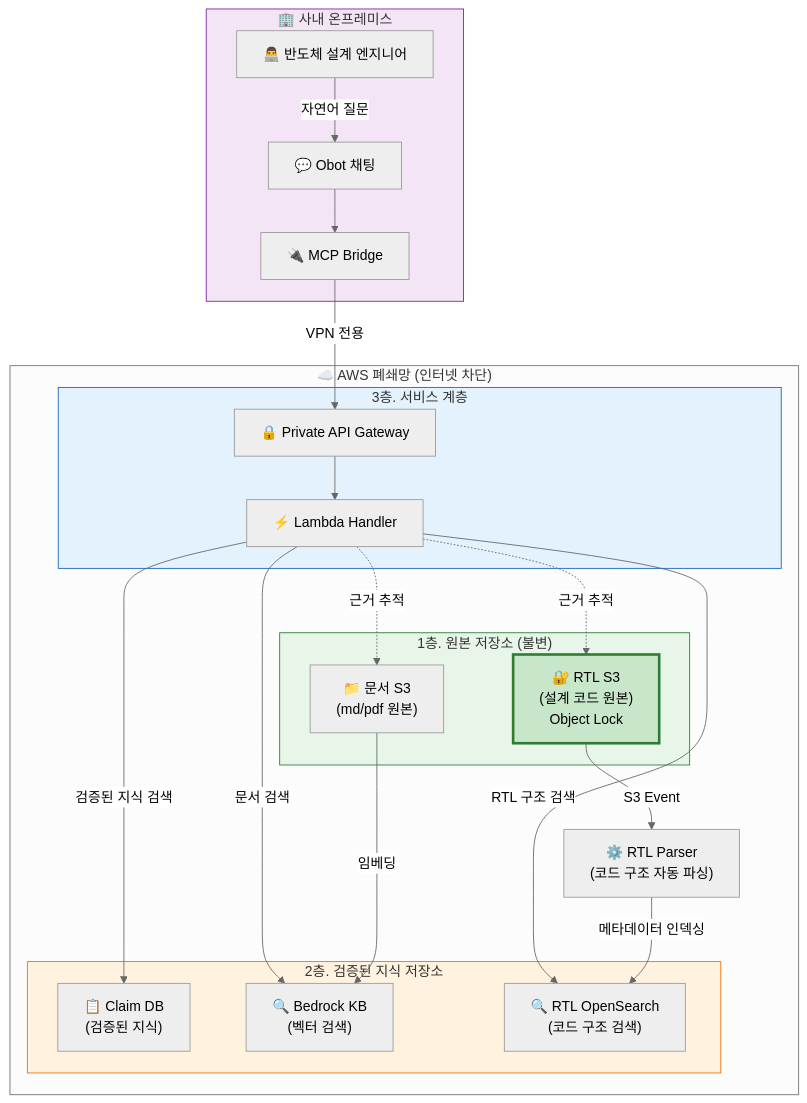
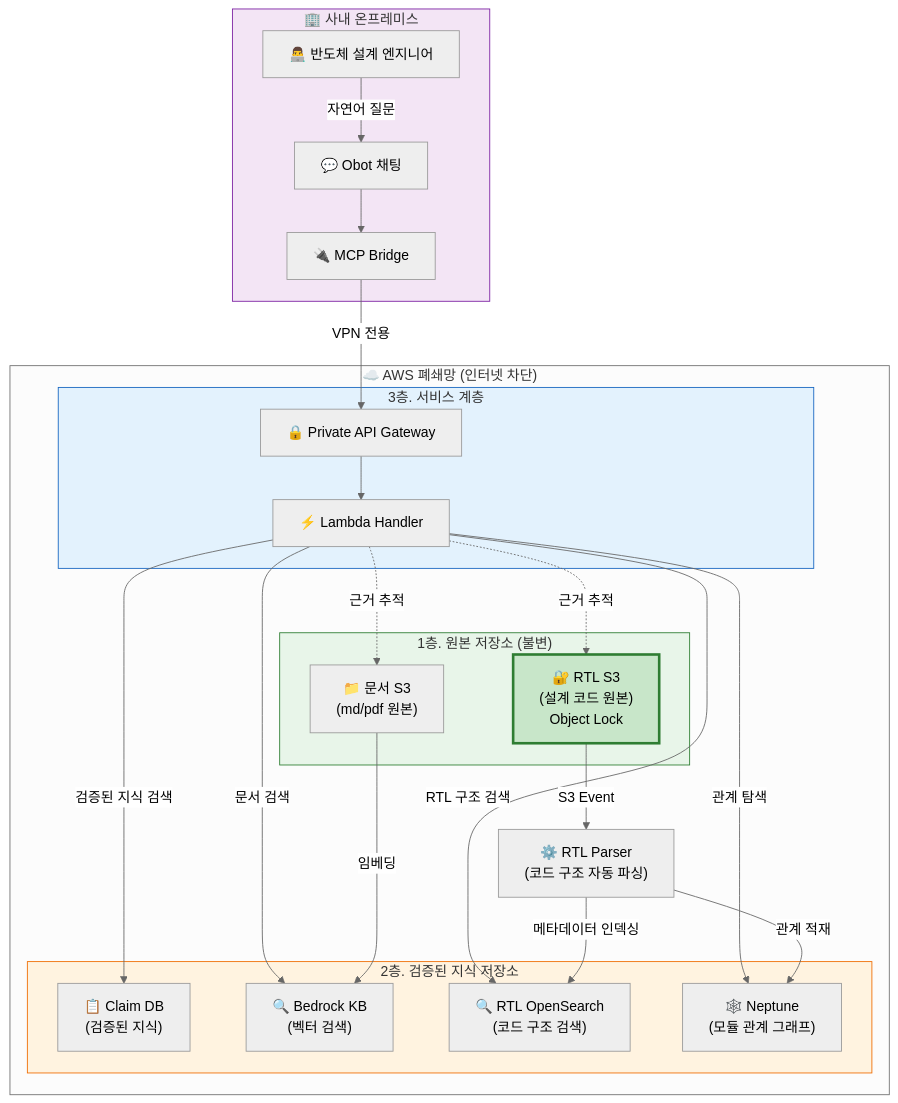
Before and after one commit to yota0227/aws_private_rag-public-: the first of 3 diagrams in docs/common/BOS-AI-RAG-Executive-Report.md, drawn with Mermaid (neutral theme). The commit also changed other lines of this file, not shown here.

Commit message:
fix: sync executive report with Neptune architecture review - diagrams, comparison table

````diff
--- a/docs/common/BOS-AI-RAG-Executive-Report.md
+++ b/docs/common/BOS-AI-RAG-Executive-Report.md
@@ -24,50 +24,53 @@
 ```mermaid
 graph TB
     subgraph ON_PREM["🏢 사내 온프레미스"]
         Engineer["👨‍💻 반도체 설계 엔지니어"]
         Obot["💬 Obot 채팅"]
         MCP["🔌 MCP Bridge"]
     end
 
     subgraph AWS_SECURE["☁️ AWS 폐쇄망 (인터넷 차단)"]
         subgraph LAYER3["3층. 서비스 계층"]
             APIGW["🔒 Private API Gateway"]
             Lambda["⚡ Lambda Handler"]
         end
 
         subgraph LAYER2["2층. 검증된 지식 저장소"]
             ClaimDB["📋 Claim DB\n(검증된 지식)"]
             BedrockKB["🔍 Bedrock KB\n(벡터 검색)"]
             RTL_OS["🔍 RTL OpenSearch\n(코드 구조 검색)"]
+            Neptune["🕸️ Neptune\n(모듈 관계 그래프)"]
         end
 
         subgraph LAYER1["1층. 원본 저장소 (불변)"]
             DocS3["📁 문서 S3\n(md/pdf 원본)"]
             RTLS3["🔐 RTL S3\n(설계 코드 원본)\nObject Lock"]
         end
 
         RTLParser["⚙️ RTL Parser\n(코드 구조 자동 파싱)"]
     end
 
     Engineer -->|"자연어 질문"| Obot
     Obot --> MCP
     MCP -->|"VPN 전용"| APIGW
     APIGW --> Lambda
 
     Lambda -->|"검증된 지식 검색"| ClaimDB
     Lambda -->|"문서 검색"| BedrockKB
     Lambda -->|"RTL 구조 검색"| RTL_OS
+    Lambda -->|"관계 탐색"| Neptune
 
     DocS3 -->|"임베딩"| BedrockKB
     RTLS3 -->|"S3 Event"| RTLParser
     RTLParser -->|"메타데이터 인덱싱"| RTL_OS
+    RTLParser -->|"관계 적재"| Neptune
 
     Lambda -.->|"근거 추적"| DocS3
     Lambda -.->|"근거 추적"| RTLS3
 
     style LAYER1 fill:#e8f5e9,stroke:#2e7d32
     style LAYER2 fill:#fff3e0,stroke:#ef6c00
     style LAYER3 fill:#e3f2fd,stroke:#1565c0
     style ON_PREM fill:#f3e5f5,stroke:#7b1fa2
     style RTLS3 fill:#c8e6c9,stroke:#2e7d32,stroke-width:3px
 ```
````
